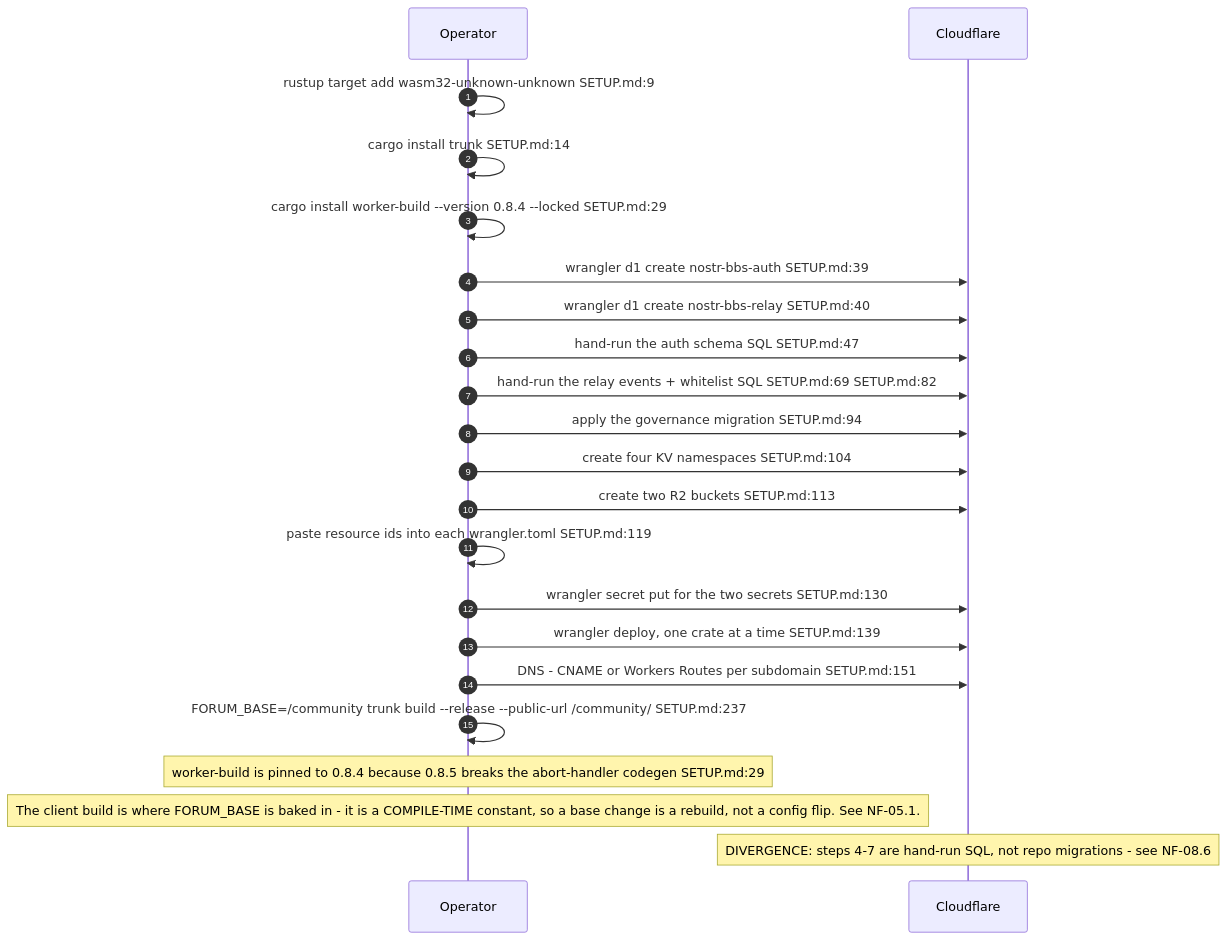
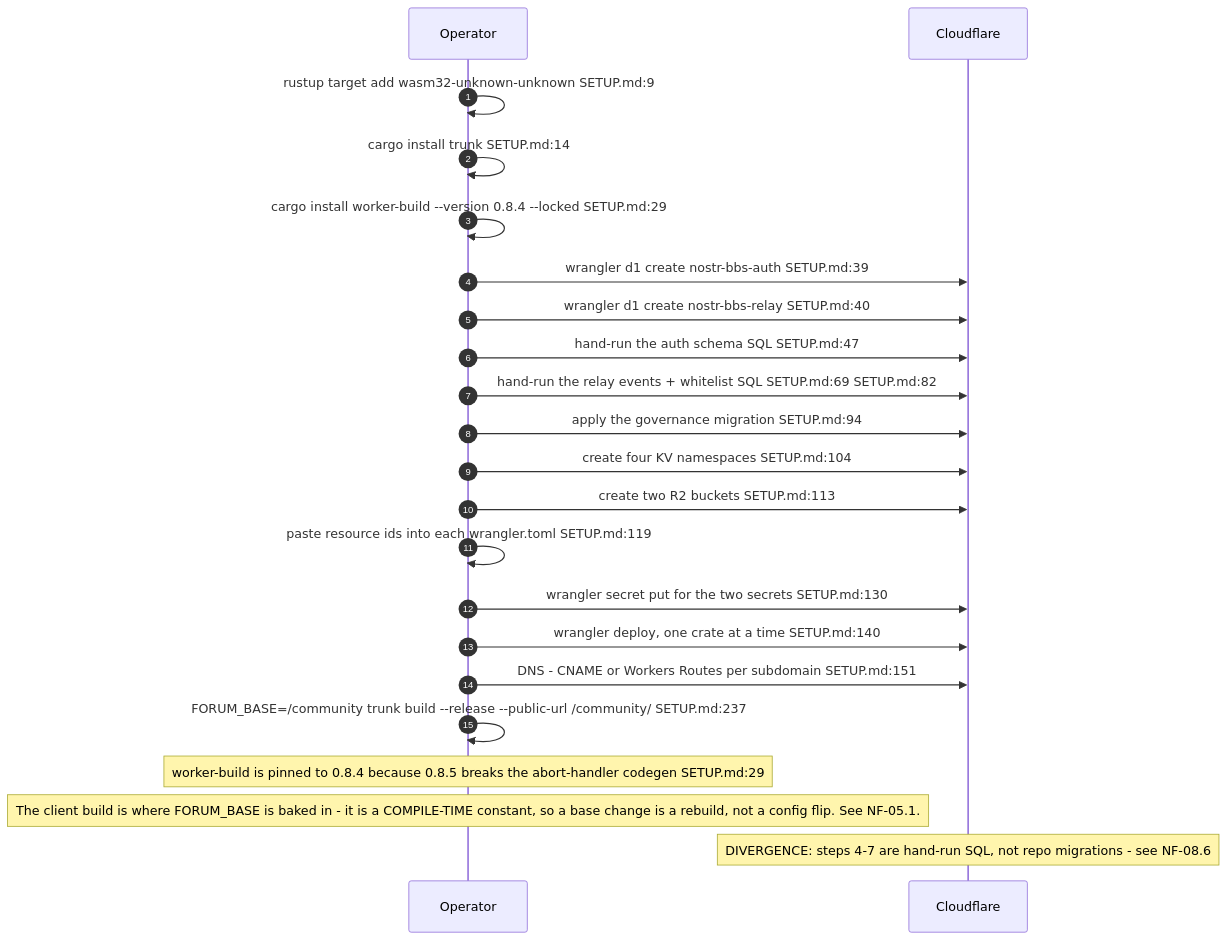
One commit to DreamLab-AI/VisionFlow changed the fifth of 9 diagrams in docs/diagrams/nostr-rust-forum/09-ci-deploy-canary-and-validation.md. Above: the diagram before and after it, drawn with Mermaid. The commit also changed other lines of this file and 94 other files, not shown here.

First line of the commit message:
docs(diagrams): re-verify 130 topics against 2 October HEADs

````diff
--- a/docs/diagrams/nostr-rust-forum/09-ci-deploy-canary-and-validation.md
+++ b/docs/diagrams/nostr-rust-forum/09-ci-deploy-canary-and-validation.md
@@ -123,26 +125,26 @@
 ```mermaid
 sequenceDiagram
     autonumber
     participant OP as Operator
     participant CF as Cloudflare
 
     OP->>OP: rustup target add wasm32-unknown-unknown SETUP.md:9
     OP->>OP: cargo install trunk SETUP.md:14
     OP->>OP: cargo install worker-build --version 0.8.4 --locked SETUP.md:29
     OP->>CF: wrangler d1 create nostr-bbs-auth SETUP.md:39
     OP->>CF: wrangler d1 create nostr-bbs-relay SETUP.md:40
     OP->>CF: hand-run the auth schema SQL SETUP.md:47
     OP->>CF: hand-run the relay events + whitelist SQL SETUP.md:69 SETUP.md:82
     OP->>CF: apply the governance migration SETUP.md:94
     OP->>CF: create four KV namespaces SETUP.md:104
     OP->>CF: create two R2 buckets SETUP.md:113
     OP->>OP: paste resource ids into each wrangler.toml SETUP.md:119
     OP->>CF: wrangler secret put for the two secrets SETUP.md:130
-    OP->>CF: wrangler deploy, one crate at a time SETUP.md:139
+    OP->>CF: wrangler deploy, one crate at a time SETUP.md:140
     OP->>CF: DNS - CNAME or Workers Routes per subdomain SETUP.md:151
     OP->>OP: FORUM_BASE=/community trunk build --release --public-url /community/ SETUP.md:237
 
     Note over OP: worker-build is pinned to 0.8.4 because 0.8.5 breaks the abort-handler codegen SETUP.md:29
     Note over OP: The client build is where FORUM_BASE is baked in - it is a COMPILE-TIME constant, so a base change is a rebuild, not a config flip. See NF-05.1.
     Note over CF: DIVERGENCE: steps 4-7 are hand-run SQL, not repo migrations - see NF-08.6
 ```
````
